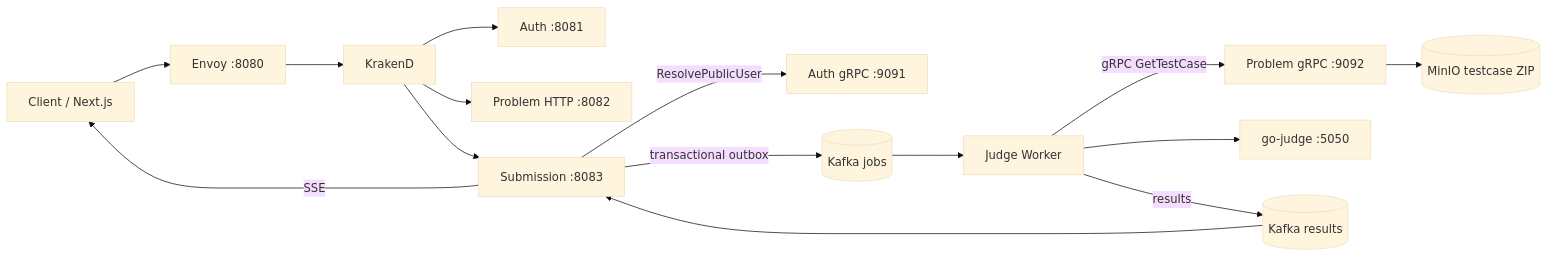
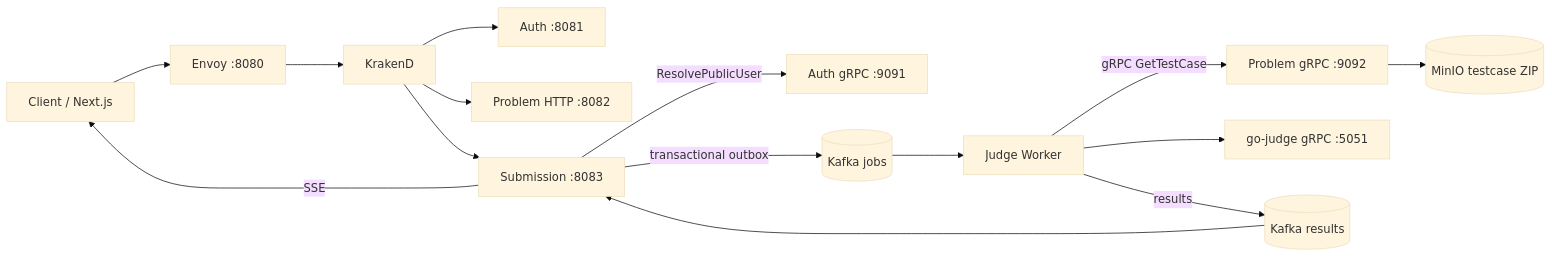
One commit to nvawntien/go-judge-system changed the diagram in docs/codebase/OVERVIEW.md. Above: the diagram before and after it, drawn with Mermaid (base theme). The commit also changed 16 other files, not shown here.

Commit message:
refactor: migrate sandbox execution to gRPC

````diff
--- a/docs/codebase/OVERVIEW.md
+++ b/docs/codebase/OVERVIEW.md
@@ -30,17 +30,17 @@
 ```mermaid
 flowchart LR
   client[Client / Next.js] --> envoy[Envoy :8080]
   envoy --> gateway[KrakenD]
   gateway --> auth[Auth :8081]
   gateway --> problem[Problem HTTP :8082]
   gateway --> submission[Submission :8083]
   submission -->|ResolvePublicUser| authgrpc[Auth gRPC :9091]
   submission -->|transactional outbox| jobs[(Kafka jobs)]
   jobs --> worker[Judge Worker]
   worker -->|gRPC GetTestCase| problemgrpc[Problem gRPC :9092]
   problemgrpc --> minio[(MinIO testcase ZIP)]
-  worker --> sandbox[go-judge :5050]
+  worker --> sandbox[go-judge gRPC :5051]
   worker -->|results| results[(Kafka results)]
   results --> submission
   submission -->|SSE| client
 ```
````
